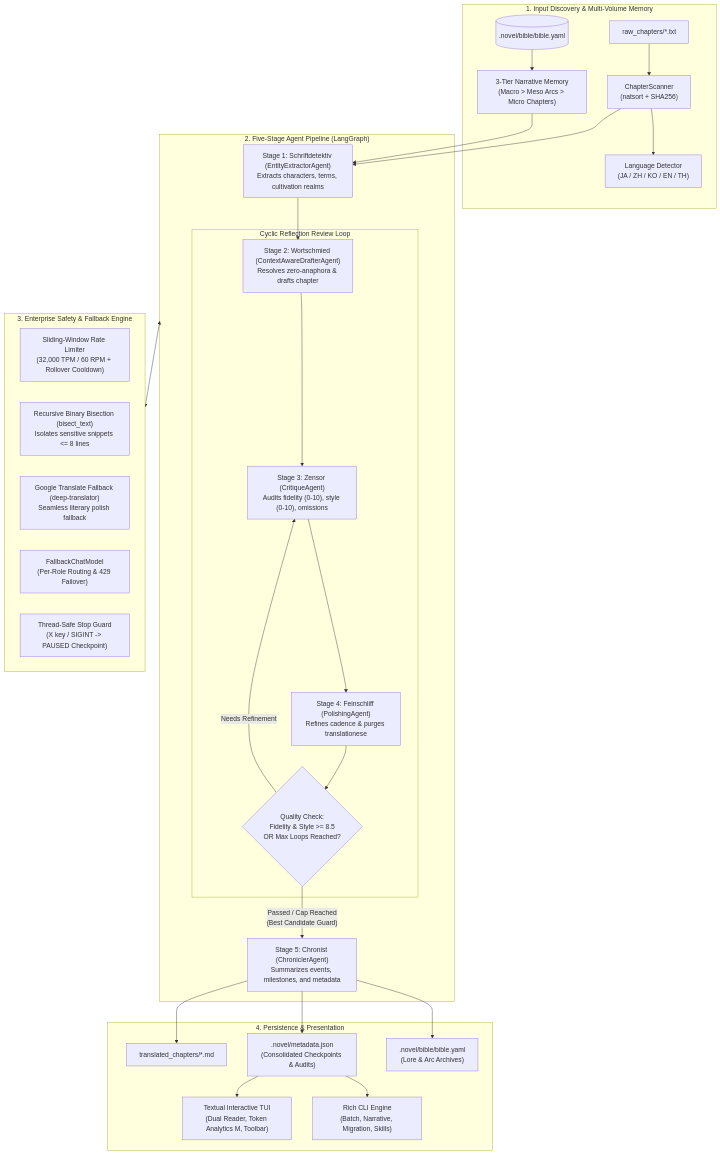
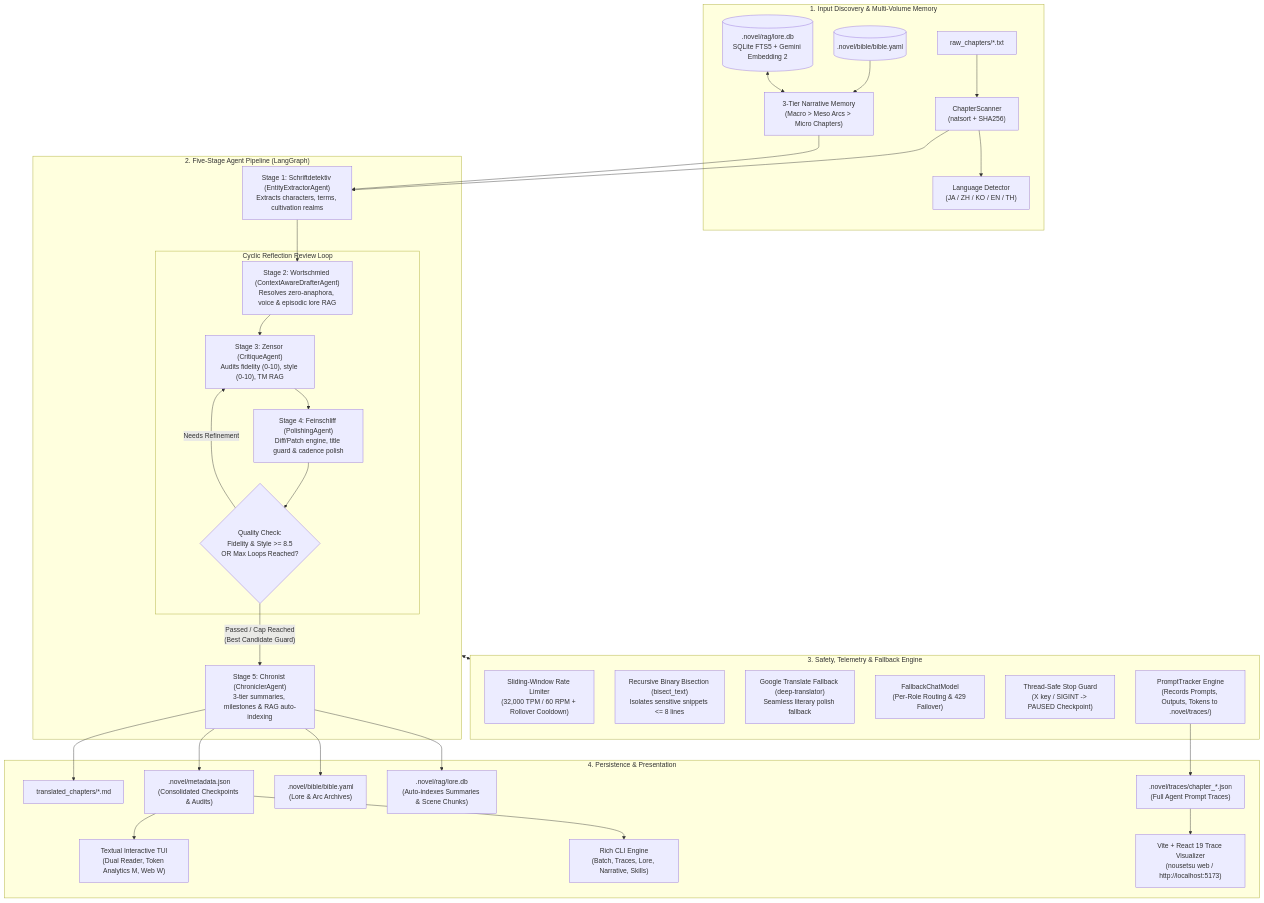
One commit to Checkmartyr/NouSetsu changed the diagram in README.md. Above: the diagram before and after it, drawn with Mermaid. The commit also changed other lines of this file and 14 other files, not shown here.

Commit message:
docs: synchronize all architecture diagrams, agent contracts, and guides with hybrid RAG and web traces

````diff
--- a/README.md
+++ b/README.md
@@ -89,40 +95,45 @@
 ```mermaid
 flowchart TD
     subgraph Input_Layer ["1. Input Discovery & Multi-Volume Memory"]
         Raw["raw_chapters/*.txt"] --> Scanner["ChapterScanner\n(natsort + SHA256)"]
         Scanner --> Lang["Language Detector\n(JA / ZH / KO / EN / TH)"]
         Bible[(".novel/bible/bible.yaml")] --> Memory["3-Tier Narrative Memory\n(Macro > Meso Arcs > Micro Chapters)"]
+        RAGStore[(".novel/rag/lore.db\nSQLite FTS5 + Gemini Embedding 2")] <--> Memory
     end
 
     subgraph Agent_Pipeline ["2. Five-Stage Agent Pipeline (LangGraph)"]
         Scanner & Memory --> Extractor["Stage 1: Schriftdetektiv (EntityExtractorAgent)\nExtracts characters, terms, cultivation realms"]
-        Extractor --> Drafter["Stage 2: Wortschmied (ContextAwareDrafterAgent)\nResolves zero-anaphora & drafts chapter"]
+        Extractor --> Drafter["Stage 2: Wortschmied (ContextAwareDrafterAgent)\nResolves zero-anaphora, voice & episodic lore RAG"]
         
         subgraph Review_Loop ["Cyclic Reflection Review Loop"]
-            Drafter --> Critic["Stage 3: Zensor (CritiqueAgent)\nAudits fidelity (0-10), style (0-10), omissions"]
-            Critic --> Polisher["Stage 4: Feinschliff (PolishingAgent)\nRefines cadence & purges translationese"]
+            Drafter --> Critic["Stage 3: Zensor (CritiqueAgent)\nAudits fidelity (0-10), style (0-10), TM RAG"]
+            Critic --> Polisher["Stage 4: Feinschliff (PolishingAgent)\nDiff/Patch engine, title guard & cadence polish"]
             Polisher --> QualityCheck{"Quality Check:\nFidelity & Style >= 8.5\nOR Max Loops Reached?"}
             QualityCheck -- "Needs Refinement" --> Critic
         end
         
-        QualityCheck -- "Passed / Cap Reached\n(Best Candidate Guard)" --> Chronicler["Stage 5: Chronist (ChroniclerAgent)\nSummarizes events, milestones, and metadata"]
+        QualityCheck -- "Passed / Cap Reached\n(Best Candidate Guard)" --> Chronicler["Stage 5: Chronist (ChroniclerAgent)\n3-tier summaries, milestones & RAG auto-indexing"]
     end
 
-    subgraph Safety_Resilience ["3. Enterprise Safety & Fallback Engine"]
+    subgraph Safety_Resilience ["3. Safety, Telemetry & Fallback Engine"]
         Limiter["Sliding-Window Rate Limiter\n(32,000 TPM / 60 RPM + Rollover Cooldown)"]
         BisectionEngine["Recursive Binary Bisection (bisect_text)\nIsolates sensitive snippets <= 8 lines"]
         GTFallback["Google Translate Fallback (deep-translator)\nSeamless literary polish fallback"]
         FallbackRouter["FallbackChatModel\n(Per-Role Routing & 429 Failover)"]
         StopSignal["Thread-Safe Stop Guard\n(X key / SIGINT -> PAUSED Checkpoint)"]
+        Tracker["PromptTracker Engine\n(Records Prompts, Outputs, Tokens to .novel/traces/)"]
     end
 
     subgraph Persistence_Output ["4. Persistence & Presentation"]
         Chronicler --> OutMarkdown["translated_chapters/*.md"]
         Chronicler --> MetaJSON[".novel/metadata.json\n(Consolidated Checkpoints & Audits)"]
         Chronicler --> BibleUpdate[".novel/bible/bible.yaml\n(Lore & Arc Archives)"]
-        MetaJSON --> TUI["Textual Interactive TUI\n(Dual Reader, Token Analytics M, Toolbar)"]
-        MetaJSON --> CLI["Rich CLI Engine\n(Batch, Narrative, Migration, Skills)"]
+        Chronicler --> RAGUpdate[".novel/rag/lore.db\n(Auto-indexes Summaries & Scene Chunks)"]
+        Tracker --> TraceJSON[".novel/traces/chapter_*.json\n(Full Agent Prompt Traces)"]
+        MetaJSON --> TUI["Textual Interactive TUI\n(Dual Reader, Token Analytics M, Web W)"]
+        MetaJSON --> CLI["Rich CLI Engine\n(Batch, Traces, Lore, Narrative, Skills)"]
+        TraceJSON --> WebUI["Vite + React 19 Trace Visualizer\n(nousetsu web / http://localhost:5173)"]
     end
 
     Agent_Pipeline <--> Safety_Resilience
 ```
````
